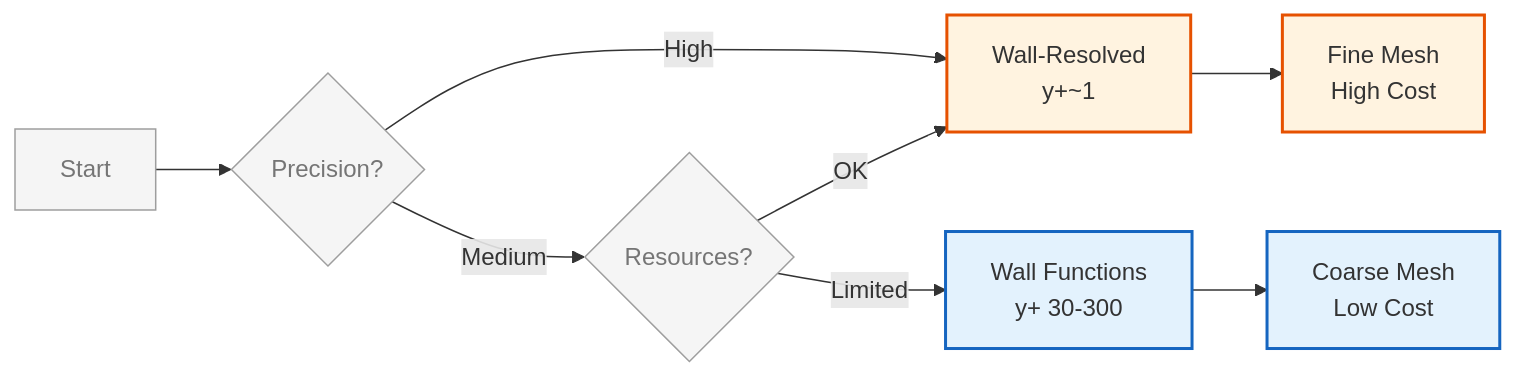
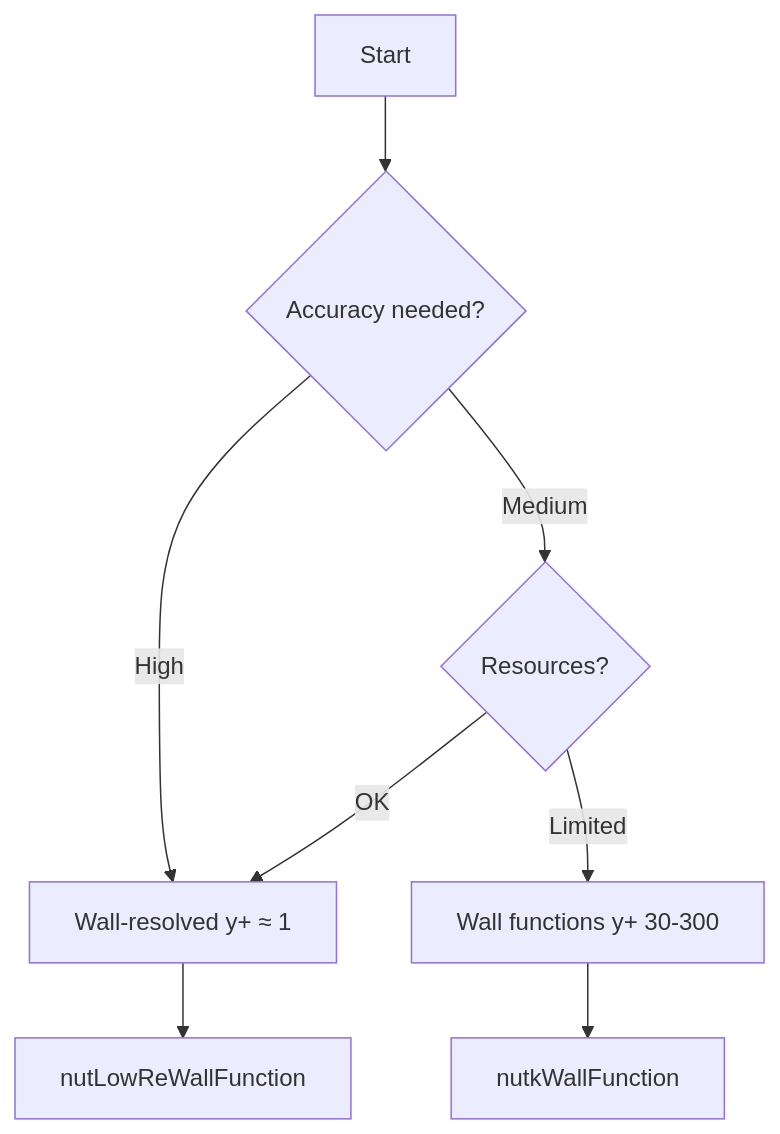
Before and after one commit to wramet/build-my-cfd: the diagram in MODULE_03_SINGLE_PHASE_FLOW/CONTENT/03_TURBULENCE_MODELING/03_Wall_Treatment.md, drawn with Mermaid. The commit also changed other lines of this file and 384 other files, not shown here.

````diff
--- a/MODULE_03_SINGLE_PHASE_FLOW/CONTENT/03_TURBULENCE_MODELING/03_Wall_Treatment.md
+++ b/MODULE_03_SINGLE_PHASE_FLOW/CONTENT/03_TURBULENCE_MODELING/03_Wall_Treatment.md
@@ -137,15 +262,10 @@
 ```mermaid
-flowchart LR
-%% Classes
-classDef explicit fill:#fff3e0,stroke:#e65100,stroke-width:2px;
-classDef implicit fill:#e3f2fd,stroke:#1565c0,stroke-width:2px;
-classDef context fill:#f5f5f5,stroke:#9e9e9e,stroke-width:1px,color:#757575;
-%% Nodes
-A[Start]:::context --> B{Precision?}:::context
-B -->|High| C[Wall-Resolved<br/>y+~1]:::explicit
-B -->|Medium| D{Resources?}:::context
-D -->|Limited| E[Wall Functions<br/>y+ 30-300]:::implicit
-D -->|OK| C
-C --> F[Fine Mesh<br/>High Cost]:::explicit
-E --> G[Coarse Mesh<br/>Low Cost]:::implicit
+flowchart TD
+    A[Start] --> B{Accuracy needed?}
+    B -->|High| C[Wall-resolved y+ ≈ 1]
+    B -->|Medium| D{Resources?}
+    D -->|Limited| E[Wall functions y+ 30-300]
+    D -->|OK| C
+    C --> F[nutLowReWallFunction]
+    E --> G[nutkWallFunction]
 ```
````
